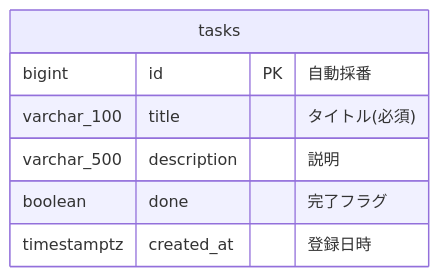
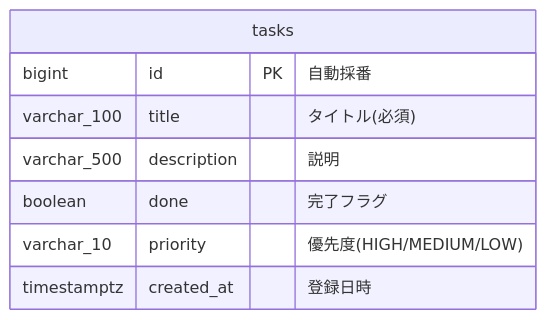
One commit to jt-yamaguchi/my-training-task changed the diagram in docs/design/task/03_基本設計.md. Above: the diagram before and after it, drawn with Mermaid. The commit also changed other lines of this file and 22 other files, not shown here.

````diff
--- a/docs/design/task/03_基本設計.md
+++ b/docs/design/task/03_基本設計.md
@@ -56,10 +57,11 @@
 ```mermaid
 erDiagram
     tasks {
         bigint id PK "自動採番"
         varchar_100 title "タイトル(必須)"
         varchar_500 description "説明"
         boolean done "完了フラグ"
+        varchar_10 priority "優先度(HIGH/MEDIUM/LOW)"
         timestamptz created_at "登録日時"
     }
 ```
````
